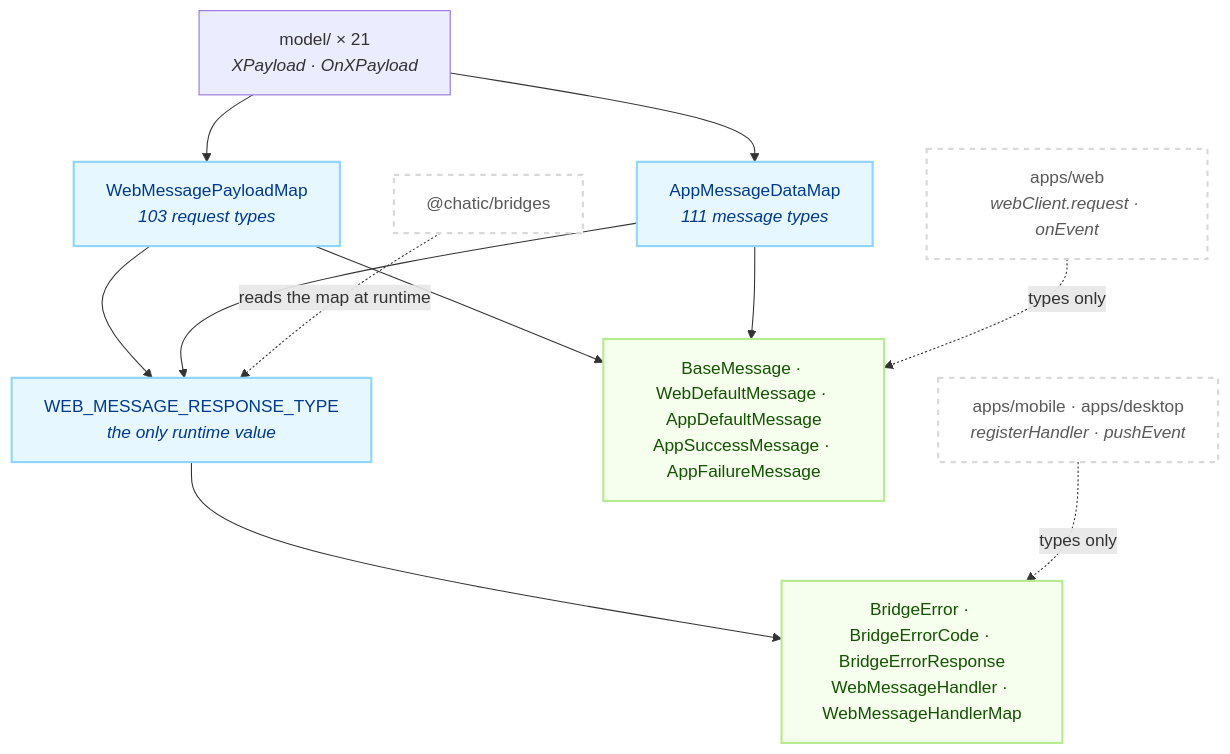
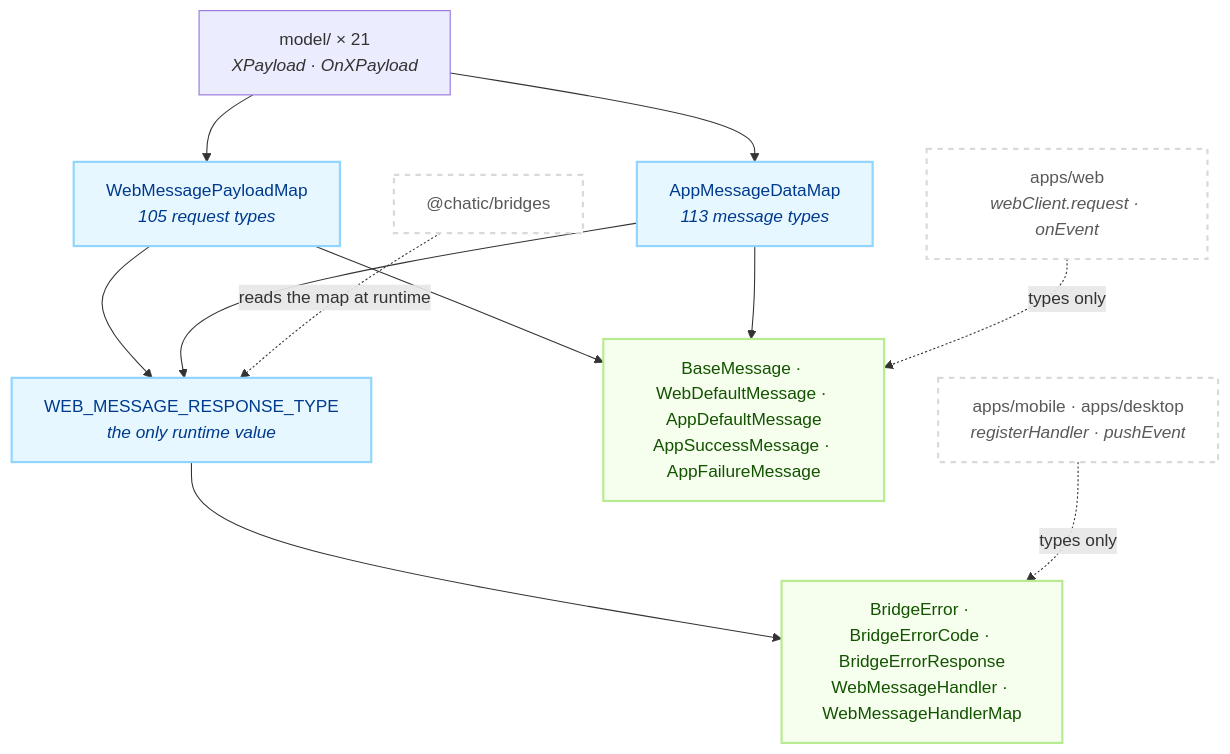
The first of 2 diagrams in libs/app-messages/README.md (lemoncloud-io/dou-app), drawn with Mermaid before and after one commit. The commit also changed other lines of this file and 7 other files, not shown here.

````diff
--- a/libs/app-messages/README.md
+++ b/libs/app-messages/README.md
@@ -89,28 +89,28 @@
 ```mermaid
 flowchart TD
     classDef ext fill:#ffffff,stroke:#d9d9d9,stroke-width:2px,color:#595959,stroke-dasharray: 5 5;
     classDef map fill:#e6f7ff,stroke:#91d5ff,stroke-width:2px,color:#003a8c;
     classDef env fill:#f6ffed,stroke:#b7eb8f,stroke-width:2px,color:#135200;
 
     Model["model/ × 21<br/><i>XPayload · OnXPayload</i>"]
-    WM["WebMessagePayloadMap<br/><i>103 request types</i>"]:::map
-    AM["AppMessageDataMap<br/><i>111 message types</i>"]:::map
+    WM["WebMessagePayloadMap<br/><i>105 request types</i>"]:::map
+    AM["AppMessageDataMap<br/><i>113 message types</i>"]:::map
     RT["WEB_MESSAGE_RESPONSE_TYPE<br/><i>the only runtime value</i>"]:::map
     Env["BaseMessage · WebDefaultMessage · AppDefaultMessage<br/>AppSuccessMessage · AppFailureMessage"]:::env
     Err["BridgeError · BridgeErrorCode · BridgeErrorResponse<br/>WebMessageHandler · WebMessageHandlerMap"]:::env
 
     Web["apps/web<br/><i>webClient.request · onEvent</i>"]:::ext
     Shell["apps/mobile · apps/desktop<br/><i>registerHandler · pushEvent</i>"]:::ext
     Br["@chatic/bridges"]:::ext
 
     Model --> WM
     Model --> AM
     WM --> RT
     AM --> RT
     WM --> Env
     AM --> Env
     RT --> Err
     Br -.->|"reads the map at runtime"| RT
     Web -.->|"types only"| Env
     Shell -.->|"types only"| Err
 ```
````
